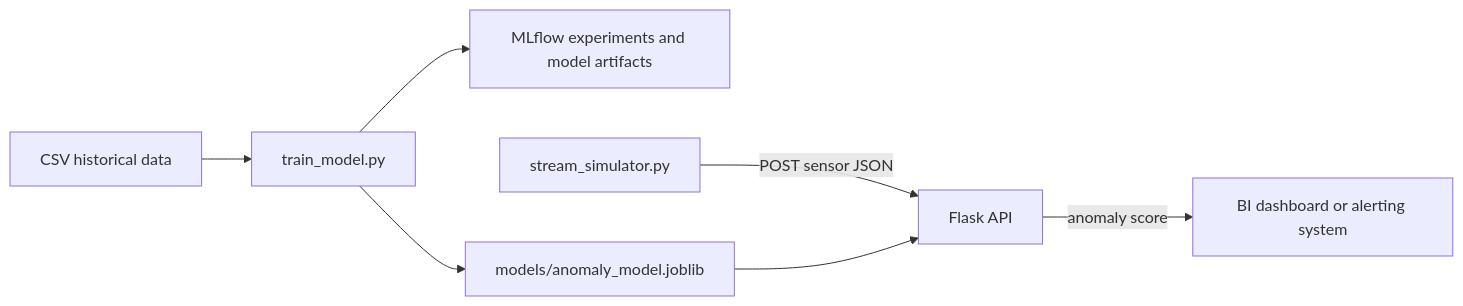
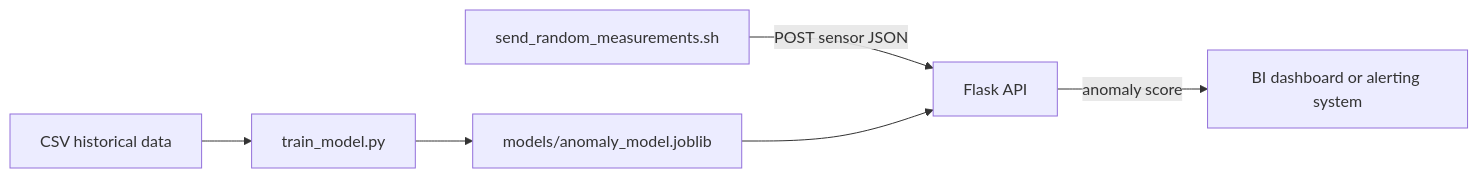
Before and after one commit to GiovanniCaggianella/IoT-factory-stream-processing: the diagram in README.md, drawn with Mermaid. The commit also changed other lines of this file and 4 other files, not shown here.

````diff
--- a/README.md
+++ b/README.md
@@ -7,9 +7,8 @@
 ```mermaid
 flowchart LR
     A[CSV historical data] --> B[train_model.py]
-    B --> C[MLflow experiments and model artifacts]
-    B --> D[models/anomaly_model.joblib]
-    E[stream_simulator.py] -->|POST sensor JSON| F[Flask API]
-    D --> F
-    F -->|anomaly score| G[BI dashboard or alerting system]
+  B --> C[models/anomaly_model.joblib]
+  D[send_random_measurements.sh] -->|POST sensor JSON| E[Flask API]
+  C --> E
+  E -->|anomaly score| F[BI dashboard or alerting system]
 ```
````
